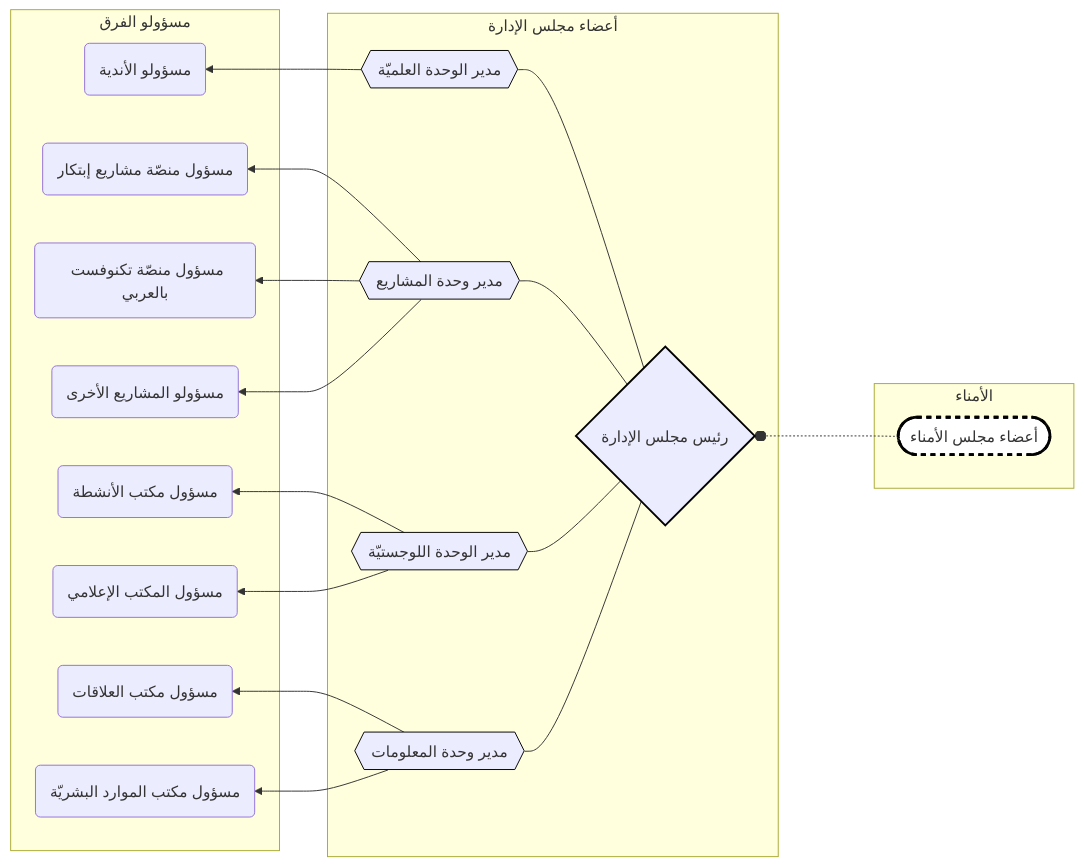
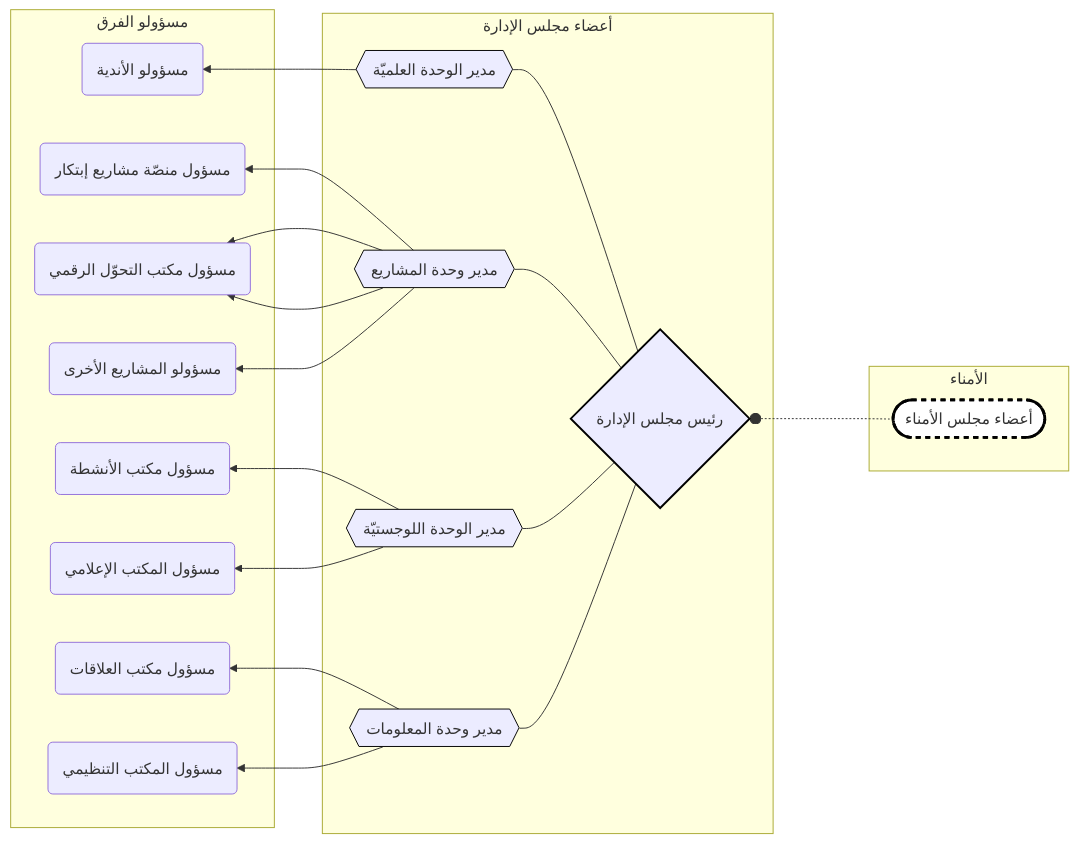
One commit to ibtikar-org-tr/bylaws changed the second of 2 diagrams in README.md. Above: the diagram before and after it, drawn with Mermaid. The commit also changed other lines of this file, not shown here.

Commit message:
تحديث سلّم الهيكليّة الإداريّة

````diff
--- a/README.md
+++ b/README.md
@@ -160,37 +161,38 @@
 ``` mermaid
 flowchart RL
 
 subgraph 0 [الأمناء]
 BOT([أعضاء مجلس الأمناء])
 end
 
 BOT -..-o BOD{رئيس مجلس الإدارة}
 style BOT fill:white,stroke:black,stroke-width:3px,stroke-dasharray: 5 5
 style BOD stroke:black,stroke-width:2px
 
 subgraph 1 [أعضاء مجلس الإدارة]
 BOD --- scientific{{مدير الوحدة العلميّة}}
 BOD --- projects{{مدير وحدة المشاريع}}
 BOD --- logistics{{مدير الوحدة اللوجستيّة}}
 BOD --- information{{مدير وحدة المعلومات}}
 end
 
 style scientific stroke:black
 style projects stroke:black
 style logistics stroke:black
 style information stroke:black
 
 subgraph 2 [مسؤولو الفرق]
 scientific --> s1(مسؤولو الأندية)
 
 projects --> p1(مسؤول منصّة مشاريع إبتكار)
-projects --> p3(مسؤول منصّة تكنوفست بالعربي)
-projects --> p2(مسؤولو المشاريع الأخرى)
+projects --> p2(مسؤول منصّة تكنوفست بالعربي)
+projects --> p2(مسؤول مكتب التحوّل الرقمي)
+projects --> p4(مسؤولو المشاريع الأخرى)
 
 logistics --> l1(مسؤول مكتب الأنشطة)
 logistics --> l2(مسؤول المكتب الإعلامي)
 
 information --> i1(مسؤول مكتب العلاقات)
-information --> i2(مسؤول مكتب الموارد البشريّة)
+information --> i2(مسؤول المكتب التنظيمي)
 end
 ```
````
